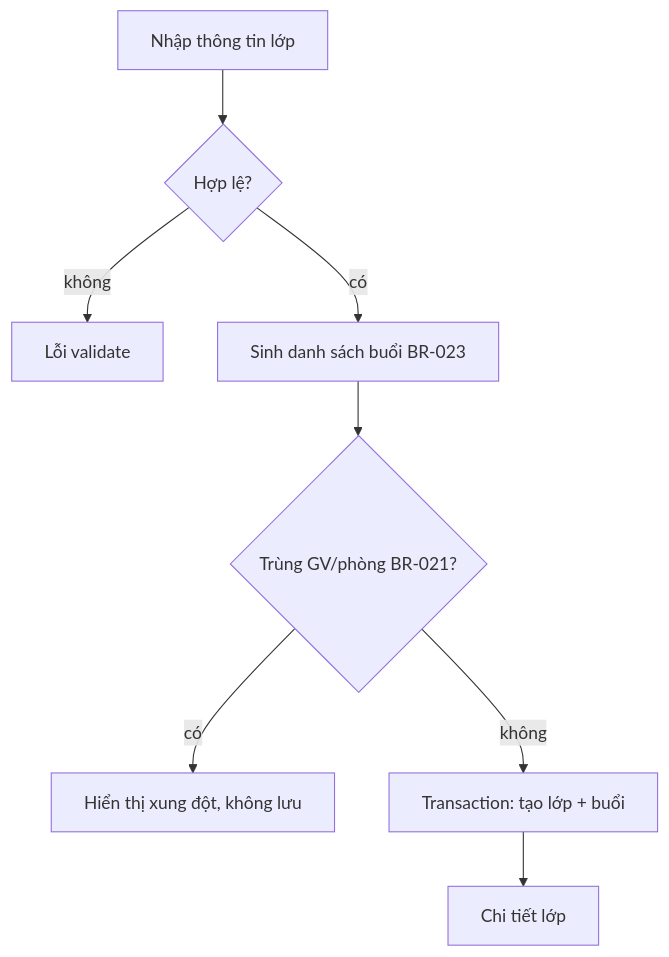
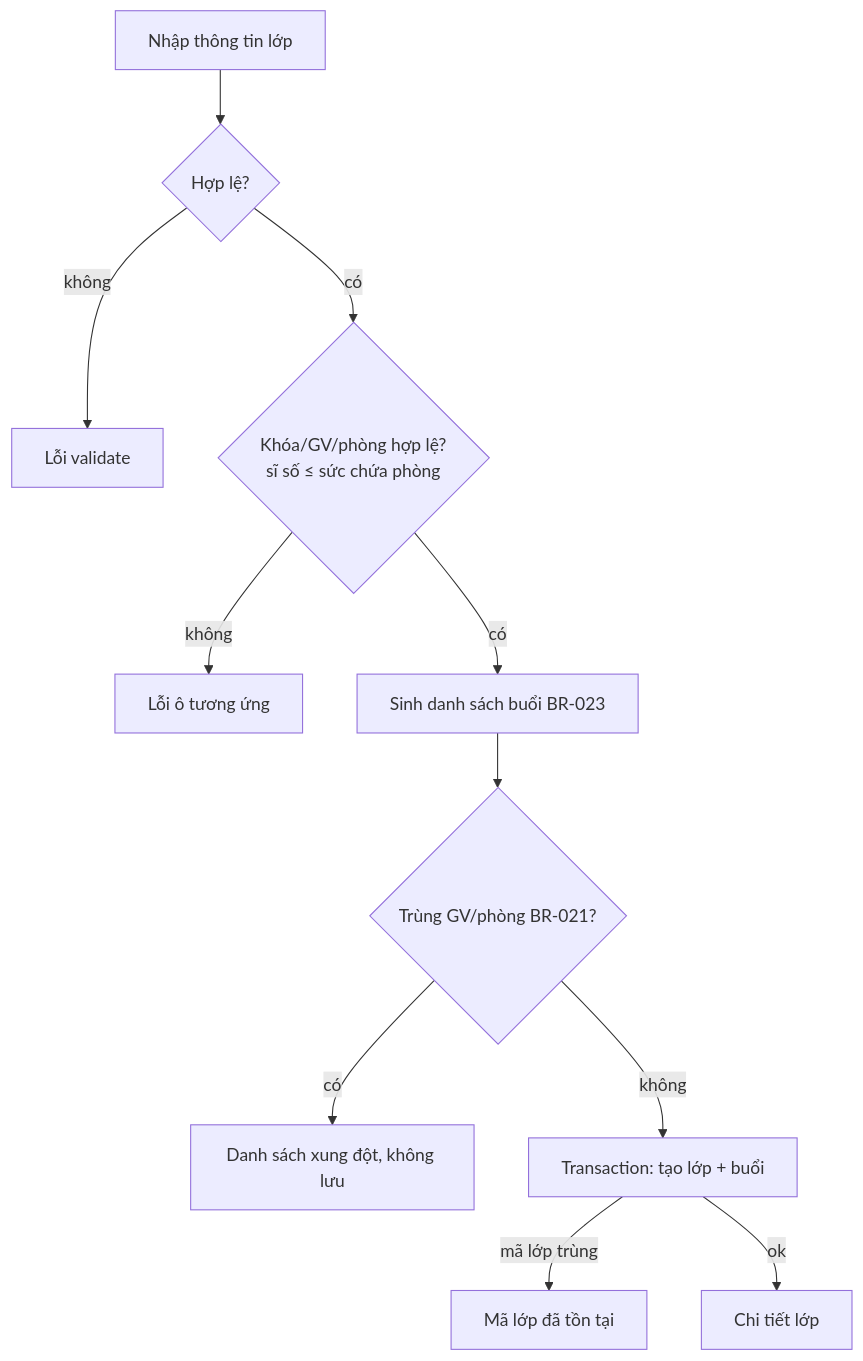
Before and after one commit to Huutuyen205/CoreLinkAcademy: the seventh of 12 diagrams in docs/07-user-flows-and-logic-diagrams.md, drawn with Mermaid. The commit also changed other lines of this file and 100 other files, not shown here.

````diff
--- a/docs/07-user-flows-and-logic-diagrams.md
+++ b/docs/07-user-flows-and-logic-diagrams.md
@@ -78,9 +229,13 @@
 ```mermaid
 flowchart TD
   A[Nhập thông tin lớp] --> V{Hợp lệ?}
   V -- không --> E1[Lỗi validate]
-  V -- có --> G[Sinh danh sách buổi BR-023]
-  G --> C{Trùng GV/phòng BR-021?}
-  C -- có --> E2[Hiển thị xung đột, không lưu]
-  C -- không --> T[Transaction: tạo lớp + buổi] --> R[Chi tiết lớp]
+  V -- có --> R{"Khóa/GV/phòng hợp lệ?<br/>sĩ số ≤ sức chứa phòng"}
+  R -- không --> E2[Lỗi ô tương ứng]
+  R -- có --> G[Sinh danh sách buổi BR-023]
+  G --> C{"Trùng GV/phòng BR-021?"}
+  C -- có --> E3[Danh sách xung đột, không lưu]
+  C -- không --> T[Transaction: tạo lớp + buổi]
+  T -- mã lớp trùng --> E4[Mã lớp đã tồn tại]
+  T -- ok --> R2[Chi tiết lớp]
 ```
````
